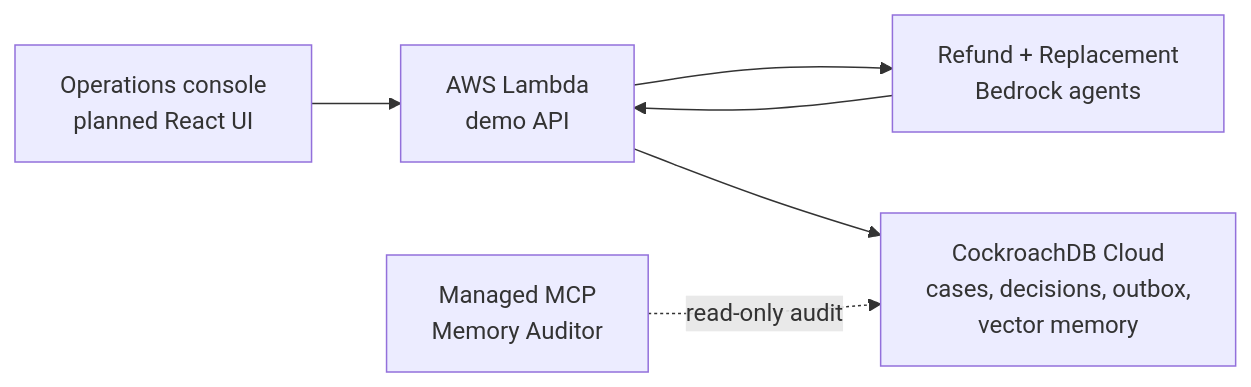
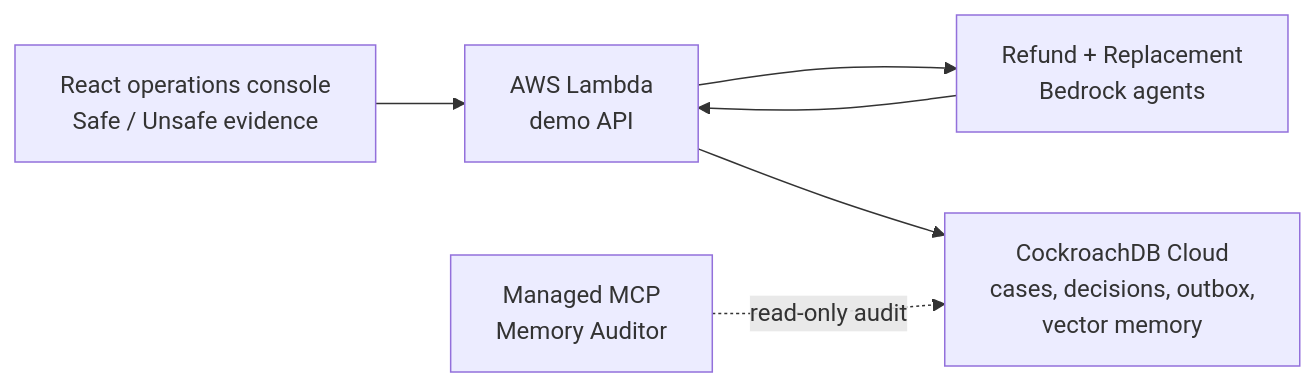
One commit to Siddhant75/mutex-memory changed the diagram in README.md. Above: the diagram before and after it, drawn with Mermaid. The commit also changed other lines of this file and 2 other files, not shown here.

Commit message:
docs: add web hosting and demo guidance

````diff
--- a/README.md
+++ b/README.md
@@ -20,8 +20,8 @@
 ```mermaid
 flowchart LR
-  UI["Operations console<br/>planned React UI"] --> API["AWS Lambda<br/>demo API"]
+  UI["React operations console<br/>Safe / Unsafe evidence"] --> API["AWS Lambda<br/>demo API"]
   API --> Agents["Refund + Replacement<br/>Bedrock agents"]
   Agents --> API
   API --> CRDB["CockroachDB Cloud<br/>cases, decisions, outbox,<br/>vector memory"]
   Auditor["Managed MCP<br/>Memory Auditor"] -. read-only audit .-> CRDB
 ```
````
